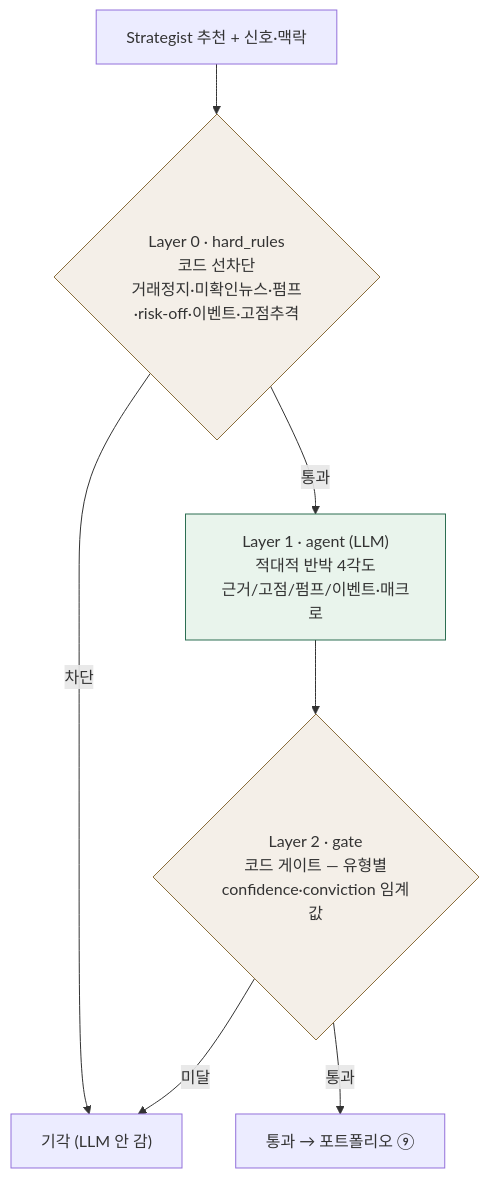
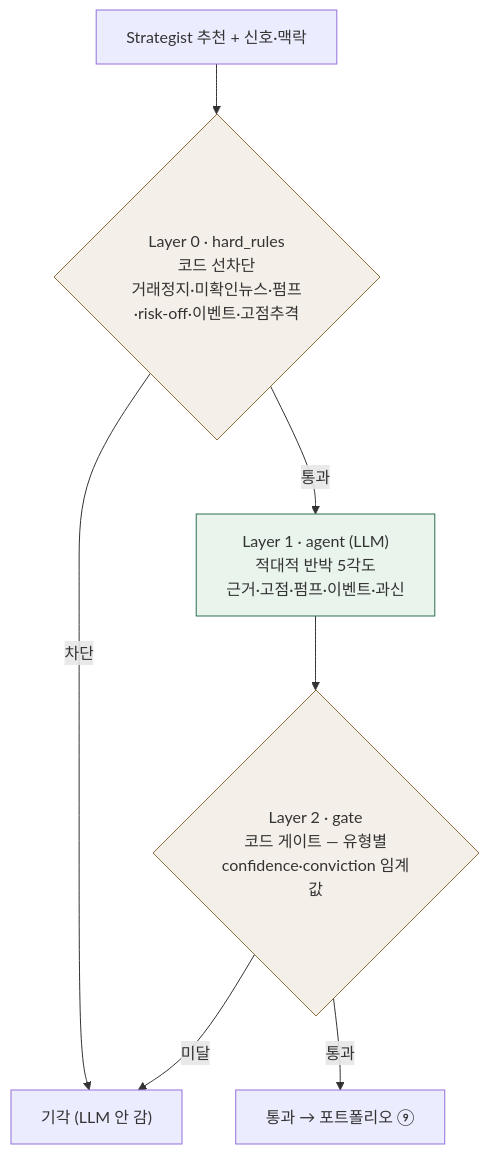
One commit to jaymunsh/quantinue-wiki changed the diagram in documents/에이전트/critic.md. Above: the diagram before and after it, drawn with Mermaid. The commit also changed other lines of this file and 8 other files, not shown here.

````diff
--- a/documents/에이전트/critic.md
+++ b/documents/에이전트/critic.md
@@ -18,14 +18,14 @@
 ```mermaid
 flowchart TB
   IN["Strategist 추천 + 신호·맥락"] --> L0{"Layer 0 · hard_rules<br/>코드 선차단<br/>거래정지·미확인뉴스·펌프·risk-off·이벤트·고점추격"}
   L0 -->|차단| REJECT["기각 (LLM 안 감)"]
-  L0 -->|통과| L1["Layer 1 · agent (LLM)<br/>적대적 반박 4각도<br/>근거/고점/펌프/이벤트·매크로"]
+  L0 -->|통과| L1["Layer 1 · agent (LLM)<br/>적대적 반박 5각도<br/>근거·고점·펌프·이벤트·과신"]
   L1 --> L2{"Layer 2 · gate<br/>코드 게이트 — 유형별<br/>confidence·conviction 임계값"}
   L2 -->|미달| REJECT
   L2 -->|통과| PASS["통과 → 포트폴리오 ⑨"]
 
   classDef code fill:#f4efe8,stroke:#8a6d3b
   classDef llm fill:#e9f4ec,stroke:#2C6E52
   class L0,L2 code
   class L1 llm
 ```
````
